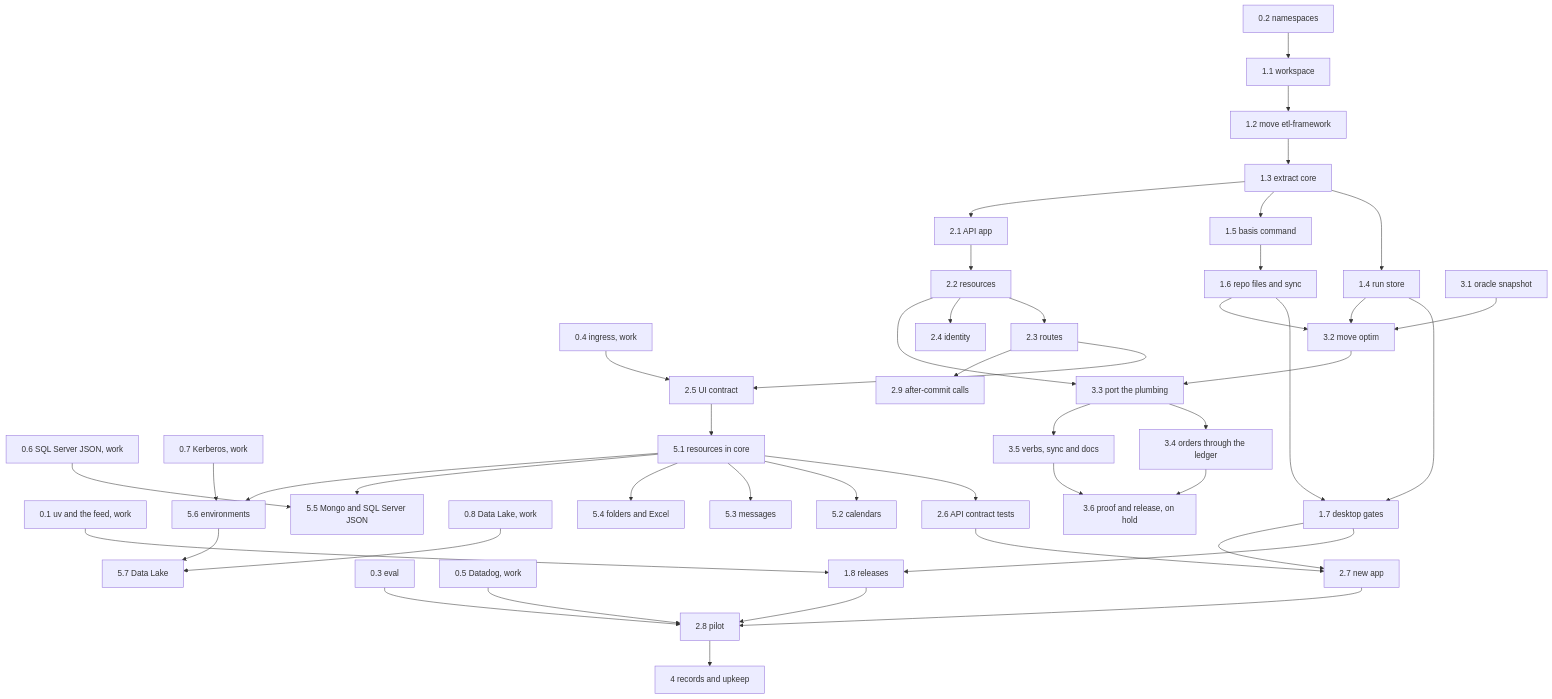
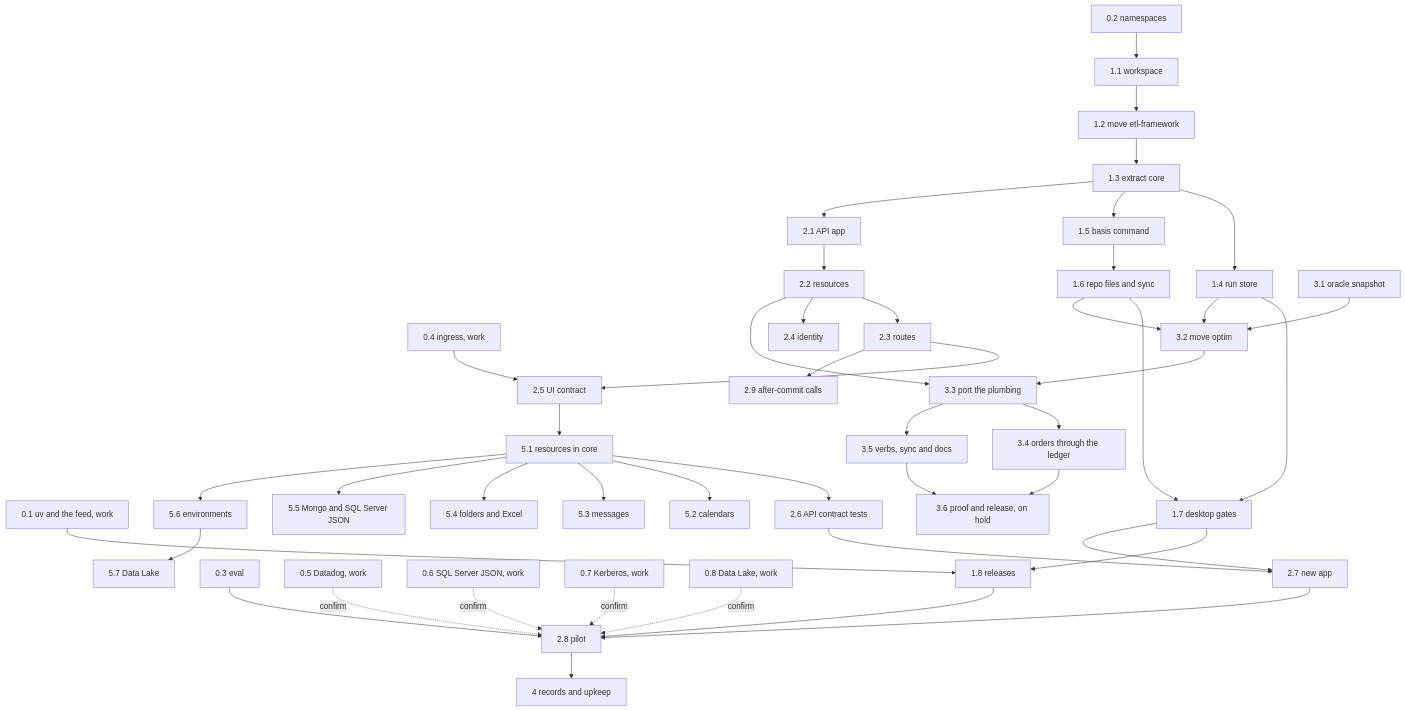
One commit to jacobragsdale/basis changed the diagram in docs/roadmap.md. Above: the diagram before and after it, drawn with Mermaid. The commit also changed other lines of this file and 1 other file, not shown here.

````diff
--- a/docs/roadmap.md
+++ b/docs/roadmap.md
@@ -28,32 +29,32 @@
 ```mermaid
 flowchart TD
   s01[0.1 uv and the feed, work] --> r8[1.8 releases]
   s02[0.2 namespaces] --> r1[1.1 workspace]
   s03[0.3 eval] --> a8[2.8 pilot]
   s04[0.4 ingress, work] --> a5[2.5 UI contract]
-  s05[0.5 Datadog, work] --> a8
-  s06[0.6 SQL Server JSON, work] --> c5[5.5 Mongo and SQL Server JSON]
-  s07[0.7 Kerberos, work] --> c6[5.6 environments]
-  s08[0.8 Data Lake, work] --> c7[5.7 Data Lake]
+  s05[0.5 Datadog, work] -. confirm .-> a8
+  s06[0.6 SQL Server JSON, work] -. confirm .-> a8
+  s07[0.7 Kerberos, work] -. confirm .-> a8
+  s08[0.8 Data Lake, work] -. confirm .-> a8
   r1 --> r2[1.2 move etl-framework] --> r3[1.3 extract core]
   r3 --> r4[1.4 run store]
   r3 --> r5[1.5 basis command] --> r6[1.6 repo files and sync] --> r7[1.7 desktop gates]
   r4 --> r7
   r7 --> r8
   r3 --> a1[2.1 API app] --> a2[2.2 resources] --> a3[2.3 routes] --> a5 --> c1[5.1 resources in core] --> a6[2.6 API contract tests] --> a7[2.7 new app] --> a8
   a2 --> a4[2.4 identity]
   a3 --> a9[2.9 after-commit calls]
   r7 --> a7
   r8 --> a8
   r4 --> o2[3.2 move optim]
   r6 --> o2
   o1[3.1 oracle snapshot] --> o2 --> o3[3.3 port the plumbing] --> o4[3.4 orders through the ledger] --> o6[3.6 proof and release, on hold]
   a2 --> o3
   o3 --> o5[3.5 verbs, sync and docs] --> o6
   a8 --> g[4 records and upkeep]
   c1 --> c2[5.2 calendars]
   c1 --> c3[5.3 messages]
   c1 --> c4[5.4 folders and Excel]
-  c1 --> c5
-  c1 --> c6 --> c7
+  c1 --> c5[5.5 Mongo and SQL Server JSON]
+  c1 --> c6[5.6 environments] --> c7[5.7 Data Lake]
 ```
````
